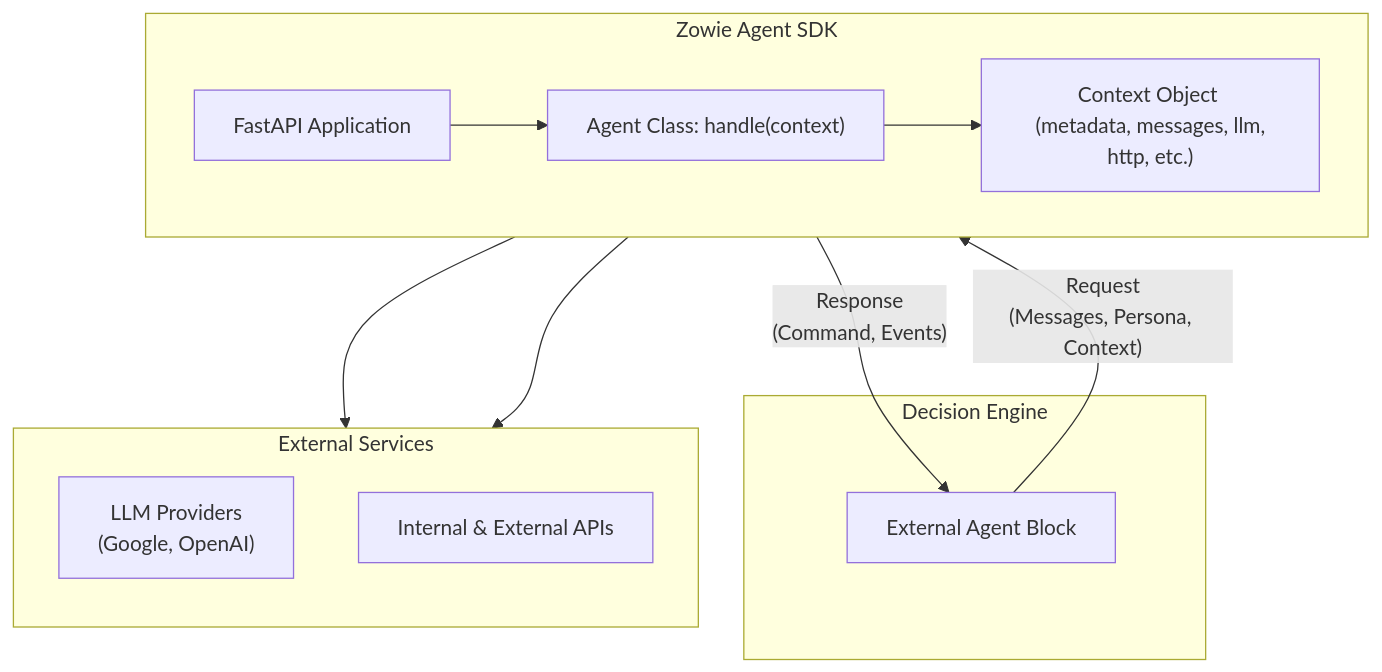
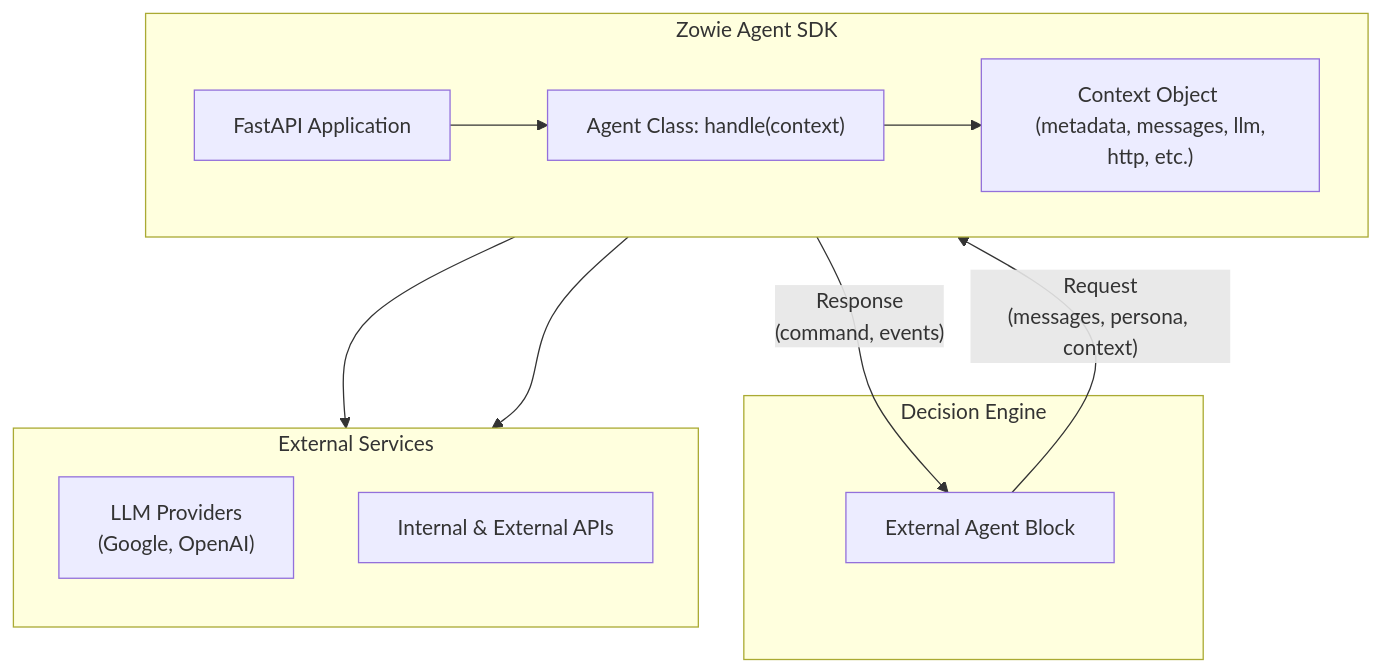
Before and after one commit to chatbotizeteam/zowie-agent-sdk-python: the diagram in README.md, drawn with Mermaid.

Commit message:
lowercase

````diff
--- a/README.md
+++ b/README.md
@@ -46,24 +46,24 @@
 ```mermaid
 flowchart TD
     subgraph DecisionEngine [Decision Engine]
         DE_Core[External Agent Block]
     end
 
     subgraph AgentSDK [Zowie Agent SDK]
         direction LR
         FastAPI[FastAPI Application] --> AgentClass["Agent Class: handle(context)"]
         AgentClass --> Context["Context Object <br/> (metadata, messages, llm, http, etc.)"]
     end
 
     subgraph ExternalServices [External Services]
         direction TB
         LLM["LLM Providers <br/> (Google, OpenAI)"]
         HTTP[Internal & External APIs]
     end
 
-    DE_Core -- Request<br/>(Messages, Persona, Context) --> FastAPI
-    FastAPI -- Response<br/>(Command, Events) --> DE_Core
+    DE_Core -- Request<br/>(messages, persona, context) --> FastAPI
+    FastAPI -- Response<br/>(command, events) --> DE_Core
 
     Context --> LLM
     Context --> HTTP
 ```
````
